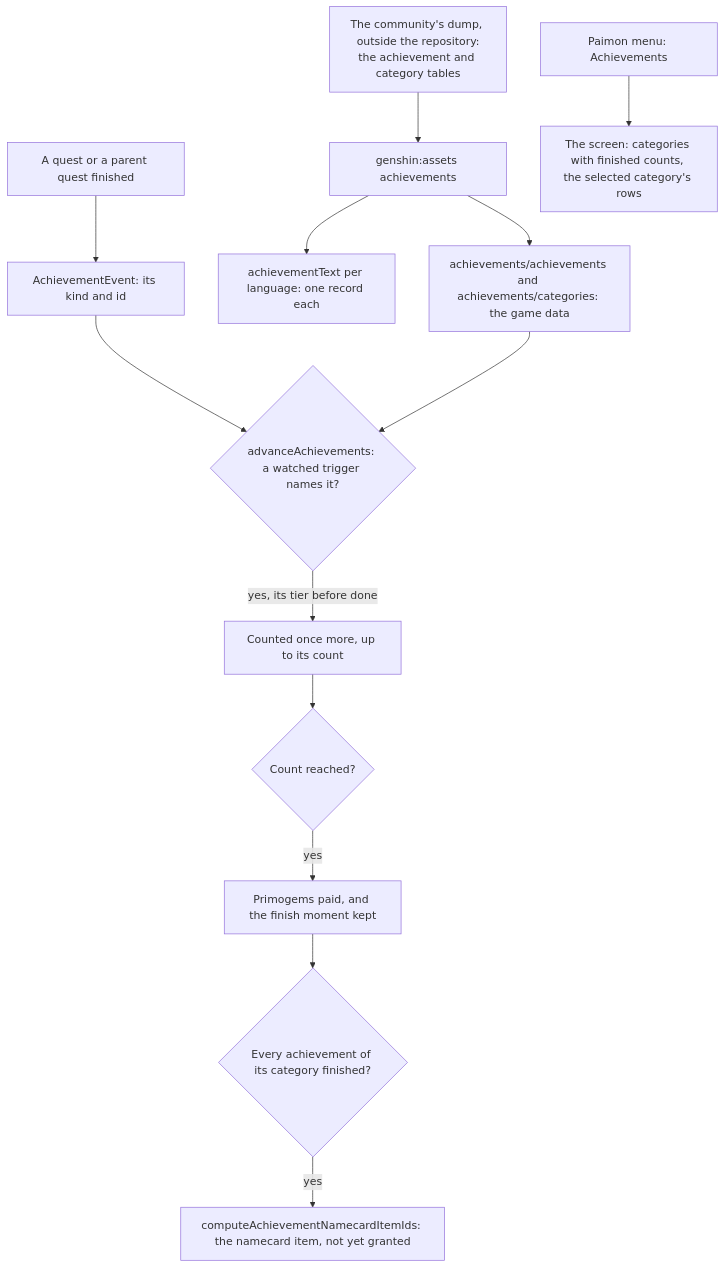
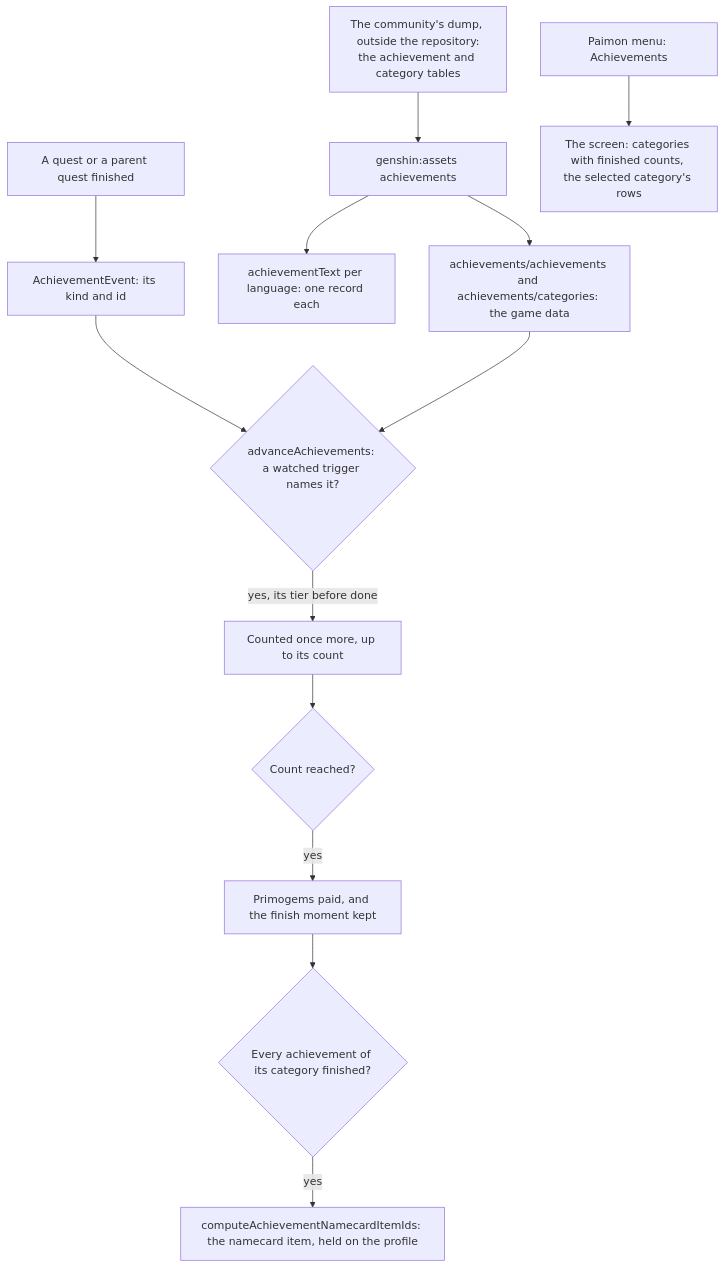
The diagram in openspec/specs/genshin/achievements/design.md (Esposter/Esposter), drawn with Mermaid before and after one commit. The commit also changed 1 other file, not shown here.

Commit message:
docs(genshin): the wildlife change records Bloodstained Chivalry as hearing a wildlife hit, and the achievements diagram labels the namecard as held
Claude-Session: https://claude.ai/code/session_01FSjv62DsHeN22SAmX3RzMV

````diff
--- a/openspec/specs/genshin/achievements/design.md
+++ b/openspec/specs/genshin/achievements/design.md
@@ -7,15 +7,15 @@
 ```mermaid
 flowchart TD
   DUMP["The community's dump, outside the repository:<br/>the achievement and category tables"] --> WRITE["genshin:assets achievements"]
   WRITE --> SLICES["achievements/achievements and achievements/categories: the game data"]
   WRITE --> WORDS["achievementText per language: one record each"]
   DOING["A quest or a parent quest finished"] --> EVENT["AchievementEvent: its kind and id"]
   EVENT --> ADVANCE{"advanceAchievements: a watched trigger names it?"}
   SLICES --> ADVANCE
   ADVANCE -->|"yes, its tier before done"| COUNT["Counted once more, up to its count"]
   COUNT --> DONE{"Count reached?"}
   DONE -->|"yes"| PAY["Primogems paid, and the finish moment kept"]
   PAY --> CAT{"Every achievement of its category finished?"}
-  CAT -->|"yes"| NAMECARD["computeAchievementNamecardItemIds: the namecard item, not yet granted"]
+  CAT -->|"yes"| NAMECARD["computeAchievementNamecardItemIds: the namecard item, held on the profile"]
   SCREEN["Paimon menu: Achievements"] --> VIEW["The screen: categories with finished counts, the selected category's rows"]
 ```
````
